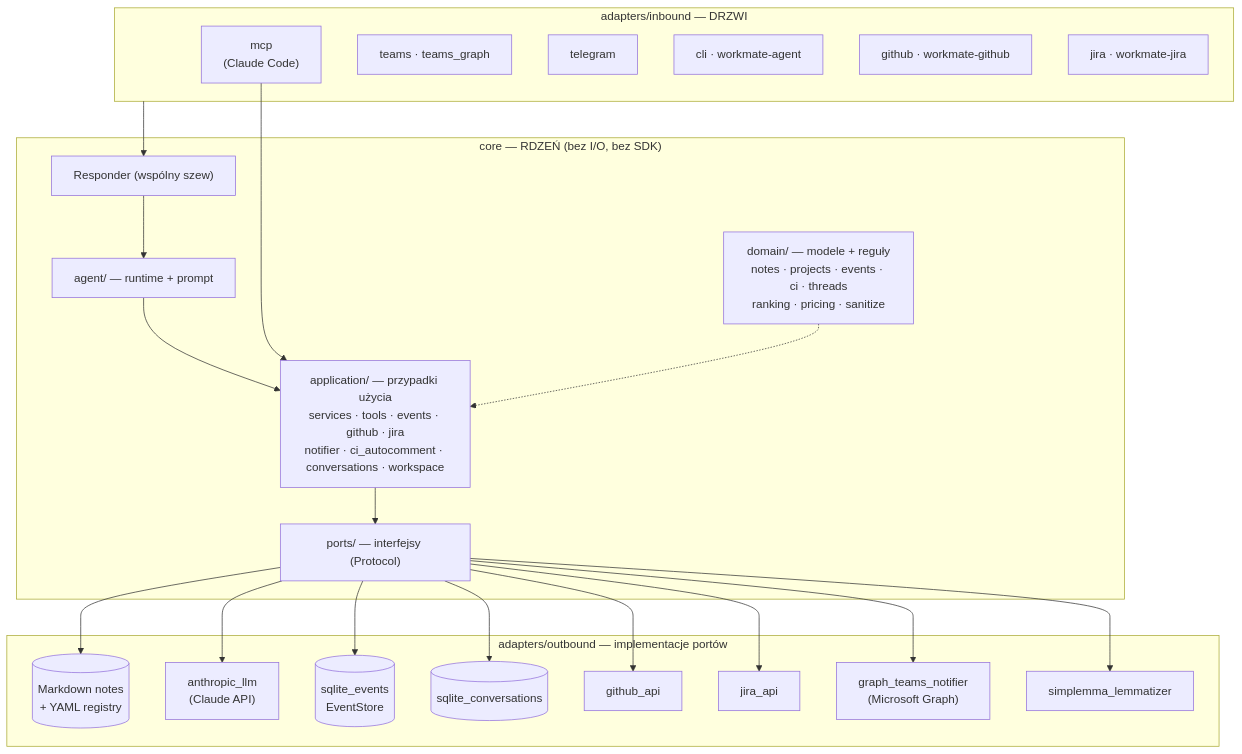
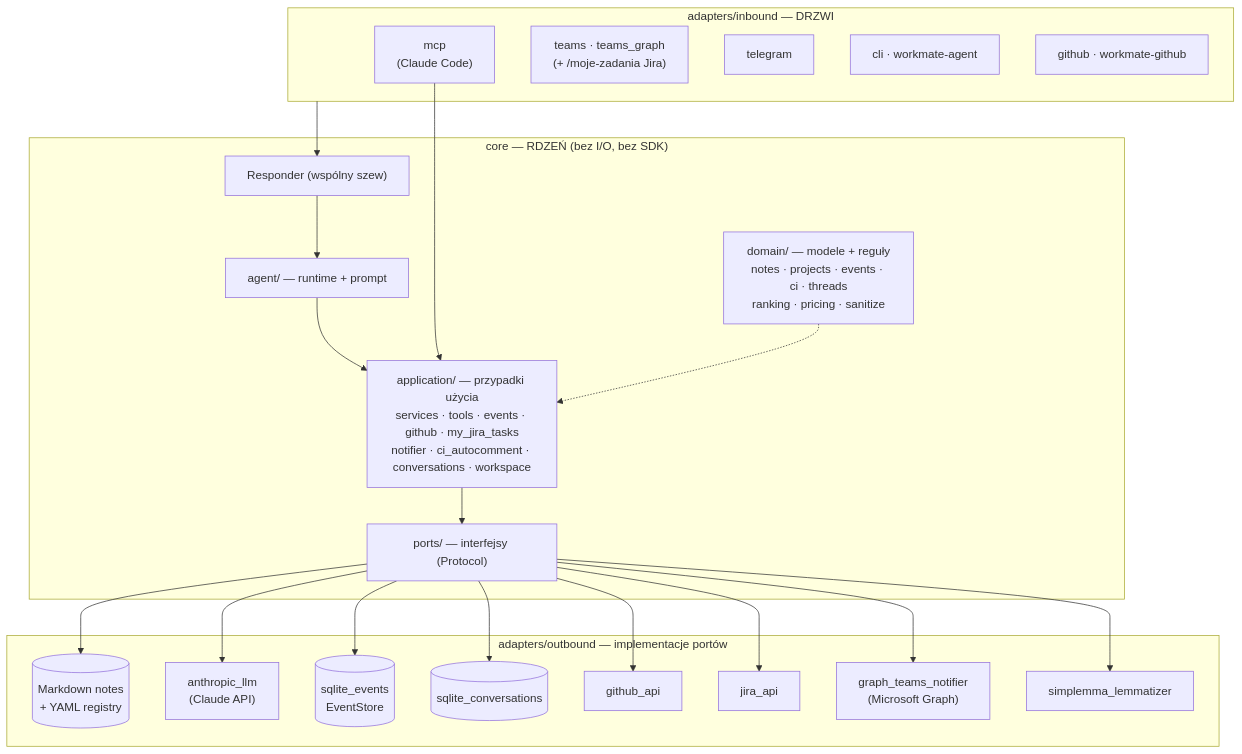
Before and after one commit to P0w3r223/sufler: the diagram in docs/explanation/architecture.md, drawn with Mermaid. The commit also changed other lines of this file and 160 other files, not shown here.

First line of the commit message:
feat(jira): redukcja do odczytu "moje zadania" + wycofanie WorklogPRO (D1-D3)

````diff
--- a/docs/explanation/architecture.md
+++ b/docs/explanation/architecture.md
@@ -12,33 +12,32 @@
 ```mermaid
 flowchart TB
     subgraph IN["adapters/inbound — DRZWI"]
         MCP["mcp<br/>(Claude Code)"]
-        TG["teams · teams_graph"]
+        TG["teams · teams_graph<br/>(+ /moje-zadania Jira)"]
         TEL["telegram"]
         CLI["cli · workmate-agent"]
         GHD["github · workmate-github"]
-        JD["jira · workmate-jira"]
     end
     subgraph CORE["core — RDZEŃ (bez I/O, bez SDK)"]
         SEAM["Responder (wspólny szew)"]
         AGENT["agent/ — runtime + prompt"]
-        APP["application/ — przypadki użycia<br/>services · tools · events · github · jira<br/>notifier · ci_autocomment · conversations · workspace"]
+        APP["application/ — przypadki użycia<br/>services · tools · events · github · my_jira_tasks<br/>notifier · ci_autocomment · conversations · workspace"]
         DOM["domain/ — modele + reguły<br/>notes · projects · events · ci · threads<br/>ranking · pricing · sanitize"]
         PORTS["ports/ — interfejsy (Protocol)"]
     end
     subgraph OUT["adapters/outbound — implementacje portów"]
         NOTES[("Markdown notes<br/>+ YAML registry")]
         LLM["anthropic_llm<br/>(Claude API)"]
         ES[("sqlite_events<br/>EventStore")]
         CONV[("sqlite_conversations")]
         GHAPI["github_api"]
         JIRAAPI["jira_api"]
         GRAPH["graph_teams_notifier<br/>(Microsoft Graph)"]
         LEM["simplemma_lemmatizer"]
     end
     IN --> SEAM --> AGENT --> APP
     MCP --> APP
     APP --> PORTS
     DOM -.-> APP
     PORTS --> NOTES & LLM & ES & CONV & GHAPI & JIRAAPI & GRAPH & LEM
 ```
````
